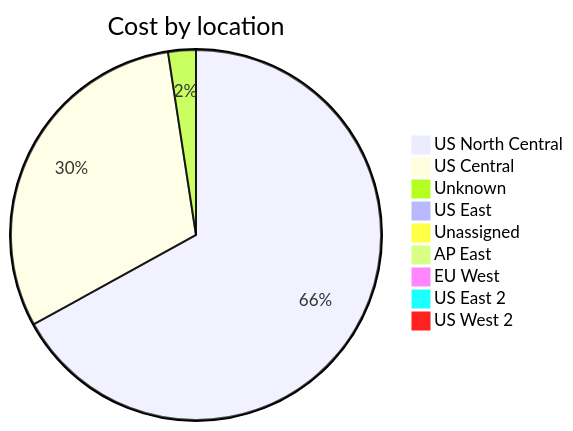
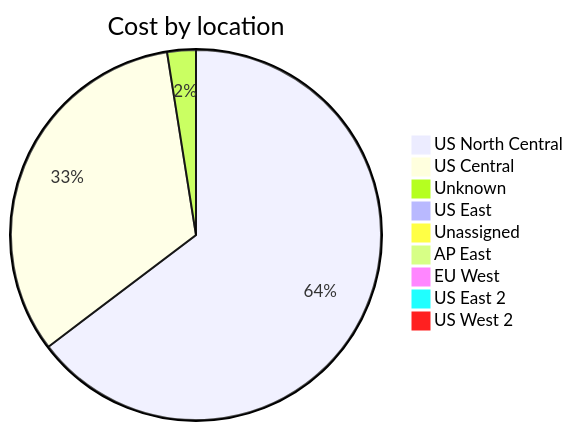
One commit to jpfulton/azure-personal-reports changed the third of 4 diagrams in cost-reports/accumulated-cost.md. Above: the diagram before and after it, drawn with Mermaid. The commit also changed other lines of this file and 4 other files, not shown here.

````diff
--- a/cost-reports/accumulated-cost.md
+++ b/cost-reports/accumulated-cost.md
@@ -131,13 +131,13 @@
 ```mermaid
 pie
    title Cost by location
    "US North Central" : 15.77
-   "US Central" : 7.20
-   "Unknown" : 0.57
-   "US East" : 0.12
+   "US Central" : 8.00
+   "Unknown" : 0.61
+   "US East" : 0.13
    "Unassigned" : 0.10
    "AP East" : 0.00
    "EU West" : 0.00
    "US East 2" : 0.00
    "US West 2" : 0.00
 ```
````
